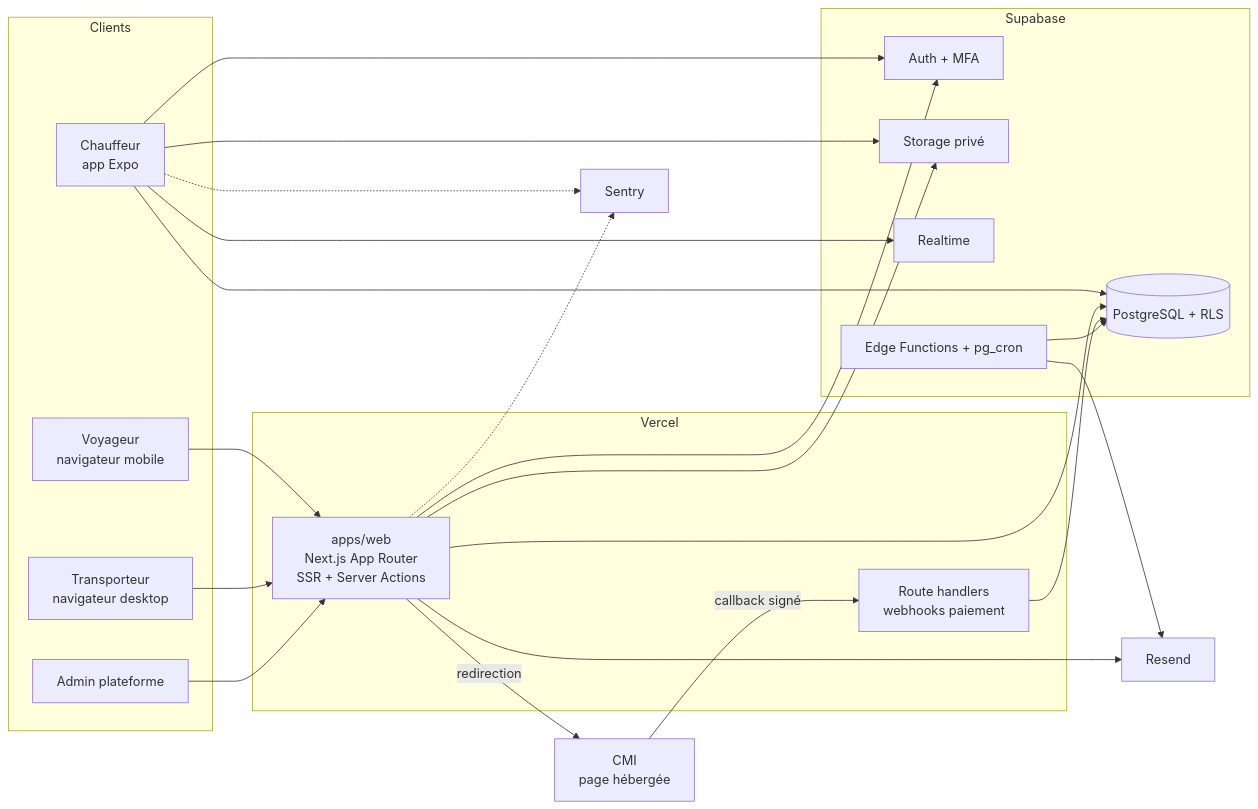
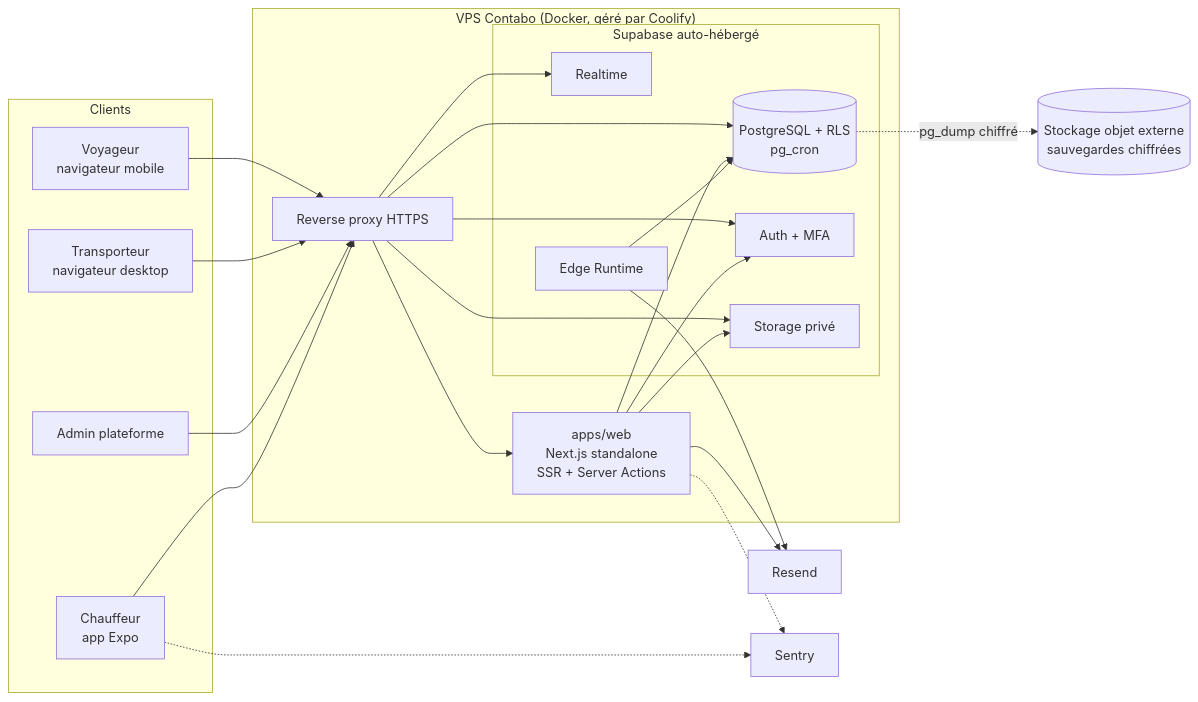
One commit to YBouamar/moroccotravelride2 changed the first of 2 diagrams in docs/ARCHITECTURE.md. Above: the diagram before and after it, drawn with Mermaid. The commit also changed other lines of this file and 50 other files, not shown here.

````diff
--- a/docs/ARCHITECTURE.md
+++ b/docs/ARCHITECTURE.md
@@ -5,31 +5,31 @@
 ```mermaid
 flowchart LR
   subgraph Clients
     T[Voyageur<br/>navigateur mobile]
     S[Transporteur<br/>navigateur desktop]
     A[Admin plateforme]
     D[Chauffeur<br/>app Expo]
   end
-  subgraph Vercel
-    W[apps/web<br/>Next.js App Router<br/>SSR + Server Actions]
-    API[Route handlers<br/>webhooks paiement]
+  subgraph VPS["VPS Contabo (Docker, géré par Coolify)"]
+    PX[Reverse proxy HTTPS]
+    W[apps/web<br/>Next.js standalone<br/>SSR + Server Actions]
+    subgraph SB[Supabase auto-hébergé]
+      PG[(PostgreSQL + RLS<br/>pg_cron)]
+      AU[Auth + MFA]
+      ST[Storage privé]
+      RT[Realtime]
+      EF[Edge Runtime]
+    end
   end
-  subgraph Supabase
-    PG[(PostgreSQL + RLS)]
-    AU[Auth + MFA]
-    ST[Storage privé]
-    RT[Realtime]
-    EF[Edge Functions + pg_cron]
-  end
-  PAY[CMI<br/>page hébergée]
+  BK[(Stockage objet externe<br/>sauvegardes chiffrées)]
   RS[Resend]
   SE[Sentry]
-  T & S & A --> W
-  D --> AU & PG & ST & RT
+  T & S & A --> PX --> W
+  D --> PX
+  PX --> AU & PG & ST & RT
   W --> PG & AU & ST
-  PAY -- callback signé --> API --> PG
-  W -- redirection --> PAY
   EF --> PG & RS
   W --> RS
+  PG -. pg_dump chiffré .-> BK
   W & D -.-> SE
 ```
````
